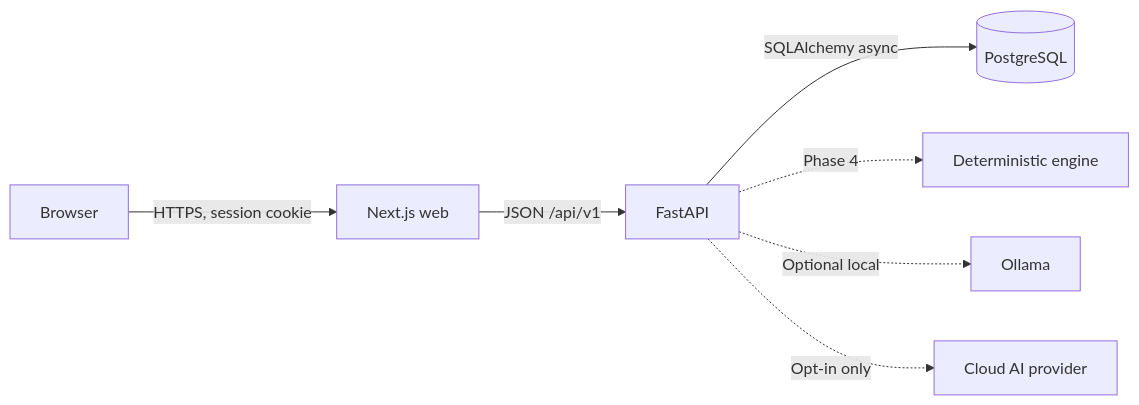
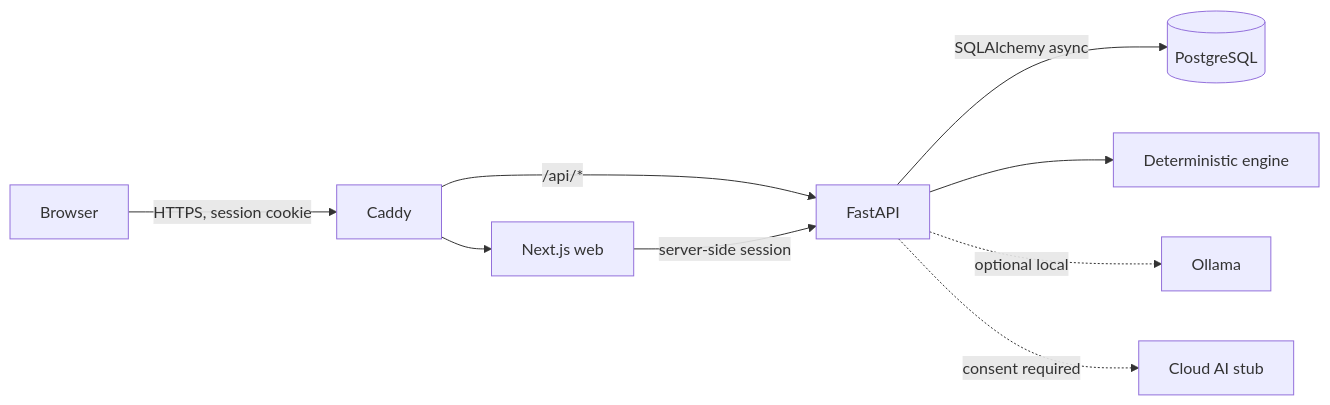
Before and after one commit to Prayush-Shrestha/AUVYREN: the diagram in README.md, drawn with Mermaid. The commit also changed other lines of this file and 76 other files, not shown here.

````diff
--- a/README.md
+++ b/README.md
@@ -139,9 +166,11 @@
 ```mermaid
 flowchart LR
-    B[Browser] -->|HTTPS, session cookie| W[Next.js web]
-    W -->|JSON /api/v1| A[FastAPI]
+    B[Browser] -->|HTTPS, session cookie| C[Caddy]
+    C --> W[Next.js web]
+    C -->|/api/*| A[FastAPI]
+    W -->|server-side session| A
     A -->|SQLAlchemy async| P[(PostgreSQL)]
-    A -. Phase 4 .-> D[Deterministic engine]
-    A -. Optional local .-> O[Ollama]
-    A -. Opt-in only .-> C[Cloud AI provider]
+    A --> D[Deterministic engine]
+    A -. optional local .-> O[Ollama]
+    A -. consent required .-> X[Cloud AI stub]
 ```
````
